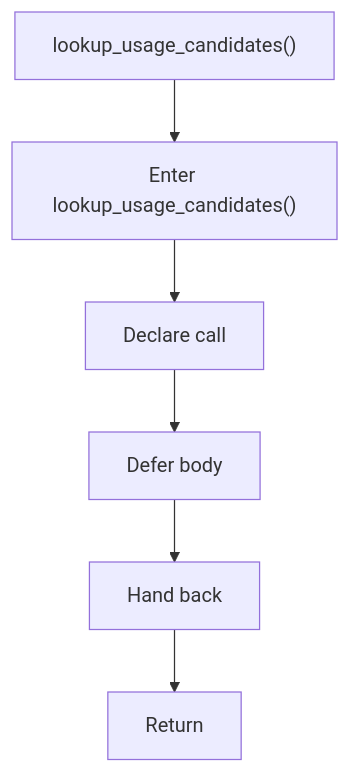
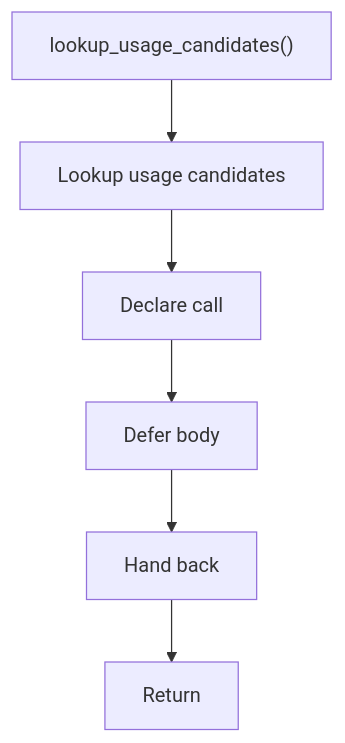
Before and after one commit to JohnAndrewBalbarosa/NeoTerritory: the diagram in docs/Codebase/Microservice/Modules/Header/SyntacticBrokenAST/HashingMechanism/HashLinks/Internal/Flow/functions/lookup_usage_candidates.hpp.md, drawn with Mermaid. The commit also changed other lines of this file and 915 other files, not shown here.

````diff
--- a/docs/Codebase/Microservice/Modules/Header/SyntacticBrokenAST/HashingMechanism/HashLinks/Internal/Flow/functions/lookup_usage_candidates.hpp.md
+++ b/docs/Codebase/Microservice/Modules/Header/SyntacticBrokenAST/HashingMechanism/HashLinks/Internal/Flow/functions/lookup_usage_candidates.hpp.md
@@ -16,14 +16,14 @@
 ```mermaid
 flowchart TD
     Start["lookup_usage_candidates()"]
-    N0["Enter lookup_usage_candidates()"]
+    N0["Lookup usage candidates"]
     N1["Declare call"]
     N2["Defer body"]
     N3["Hand back"]
     End["Return"]
     Start --> N0
     N0 --> N1
     N1 --> N2
     N2 --> N3
     N3 --> End
 ```
````
